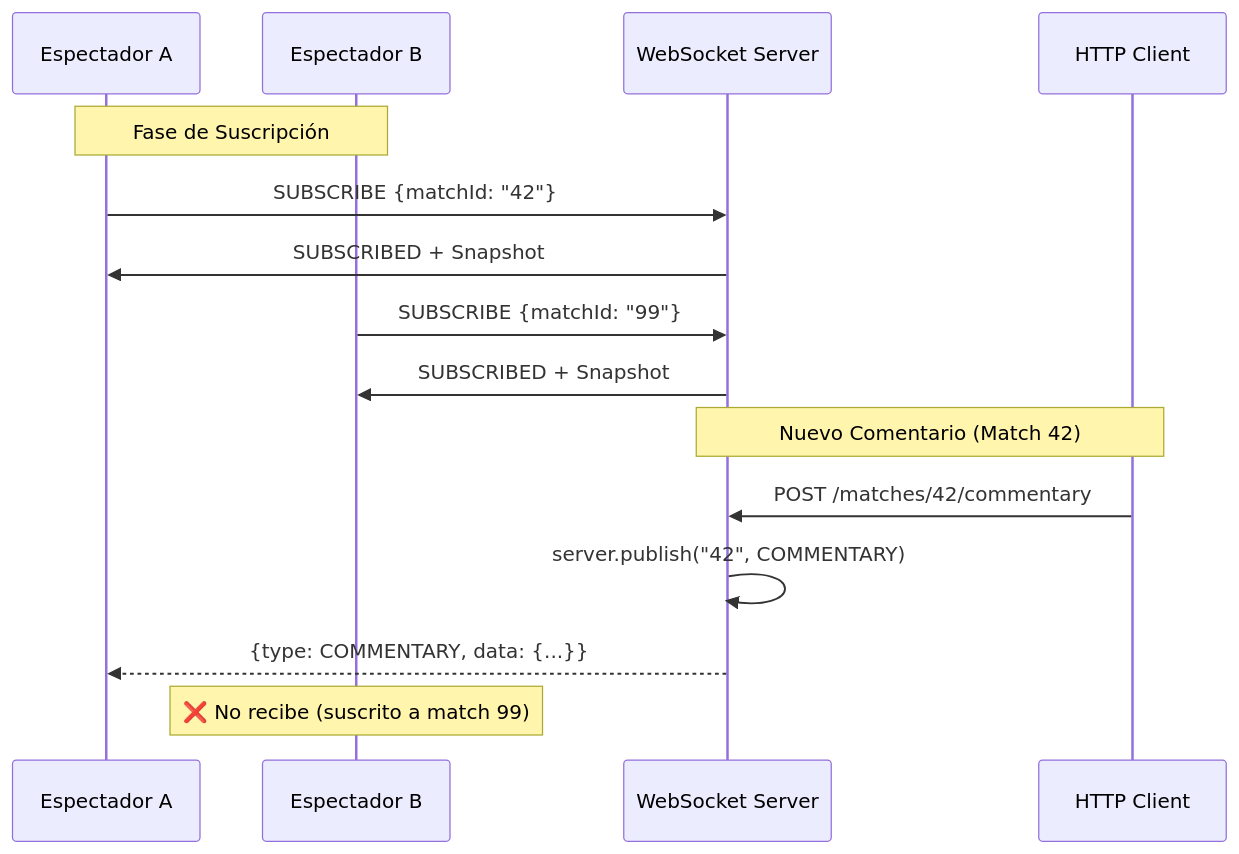
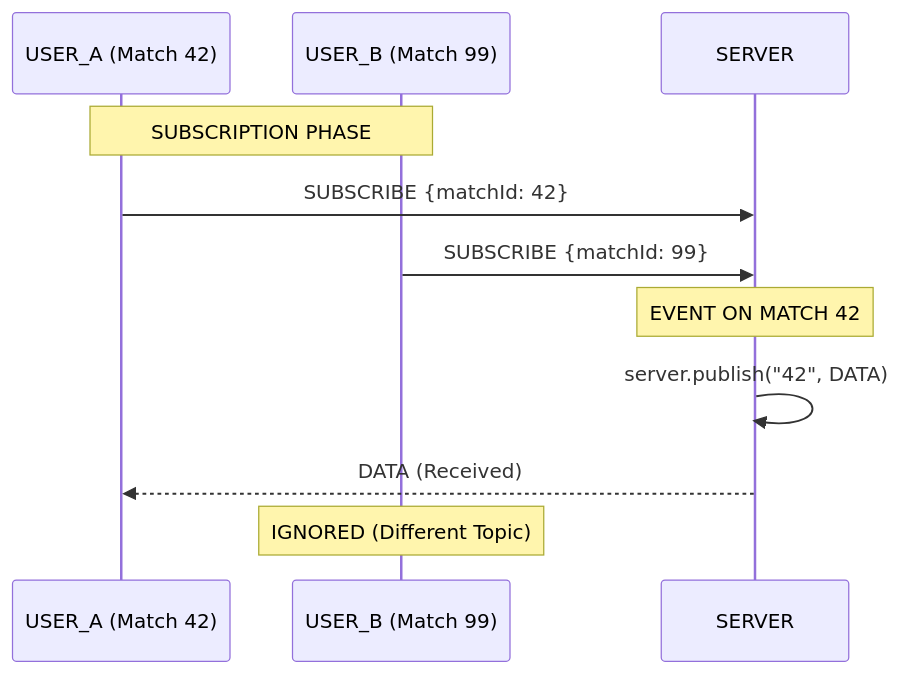
Before and after one commit to samuhlo-training/padel-counters: the sixth of 7 diagrams in docs/CURRENT_STATE_DOCS.md, drawn with Mermaid. The commit also changed other lines of this file and 21 other files, not shown here.

````diff
--- a/docs/CURRENT_STATE_DOCS.md
+++ b/docs/CURRENT_STATE_DOCS.md
@@ -253,19 +207,15 @@
 ```mermaid
 sequenceDiagram
-    participant S1 as Espectador A
-    participant S2 as Espectador B
-    participant WS as WebSocket Server
-    participant HTTP as HTTP Client
+    participant S1 as USER_A (Match 42)
+    participant S2 as USER_B (Match 99)
+    participant WS as SERVER
 
-    Note over S1,S2: Fase de Suscripción
-    S1->>WS: SUBSCRIBE {matchId: "42"}
-    WS->>S1: SUBSCRIBED + Snapshot
-    S2->>WS: SUBSCRIBE {matchId: "99"}
-    WS->>S2: SUBSCRIBED + Snapshot
+    Note over S1,S2: SUBSCRIPTION PHASE
+    S1->>WS: SUBSCRIBE {matchId: 42}
+    S2->>WS: SUBSCRIBE {matchId: 99}
 
-    Note over HTTP,WS: Nuevo Comentario (Match 42)
-    HTTP->>WS: POST /matches/42/commentary
-    WS->>WS: server.publish("42", COMMENTARY)
-    WS-->>S1: {type: COMMENTARY, data: {...}}
-    Note over S2: ❌ No recibe (suscrito a match 99)
+    Note over WS: EVENT ON MATCH 42
+    WS->>WS: server.publish("42", DATA)
+    WS-->>S1: DATA (Received)
+    Note over S2: IGNORED (Different Topic)
 ```
````
